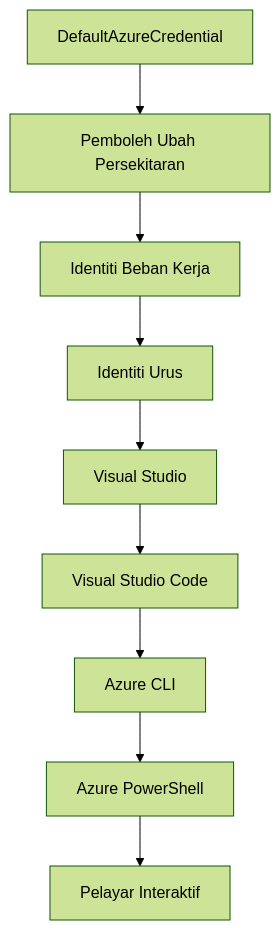
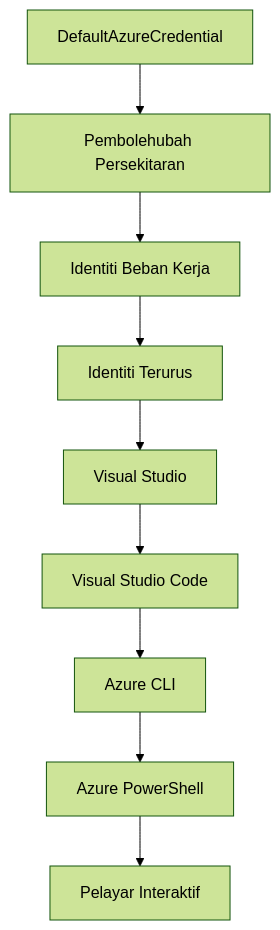
One commit to microsoft/AZD-for-beginners changed the second of 2 diagrams in translations/ms/docs/chapter-01-foundation/azd-basics.md. Above: the diagram before and after it, drawn with Mermaid (forest theme). The commit also changed other lines of this file and 101 other files, not shown here.

````diff
--- a/translations/ms/docs/chapter-01-foundation/azd-basics.md
+++ b/translations/ms/docs/chapter-01-foundation/azd-basics.md
@@ -593,11 +591,11 @@
 ```mermaid
 graph TD
-    A[DefaultAzureCredential] --> B[Pemboleh Ubah Persekitaran]
+    A[DefaultAzureCredential] --> B[Pembolehubah Persekitaran]
     B --> C[Identiti Beban Kerja]
-    C --> D[Identiti Urus]
+    C --> D[Identiti Terurus]
     D --> E[Visual Studio]
     E --> F[Visual Studio Code]
     F --> G[Azure CLI]
     G --> H[Azure PowerShell]
     H --> I[Pelayar Interaktif]
-```  
+```
````
